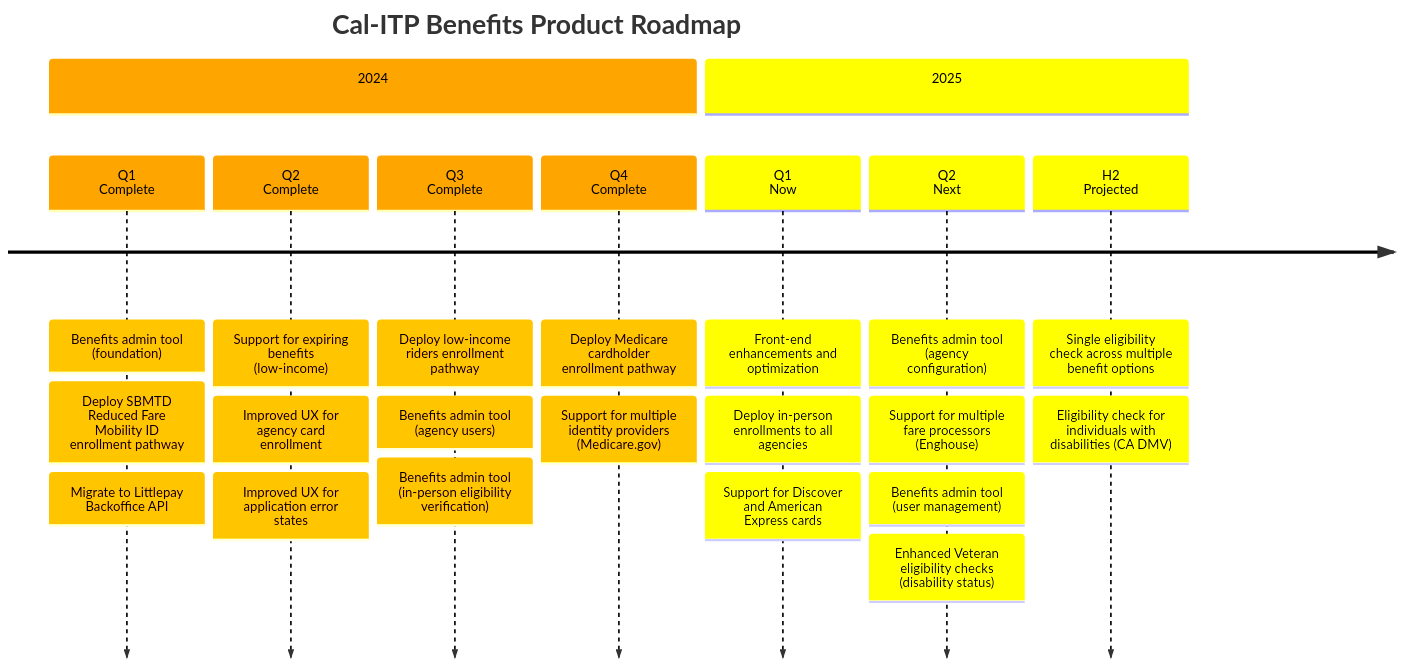
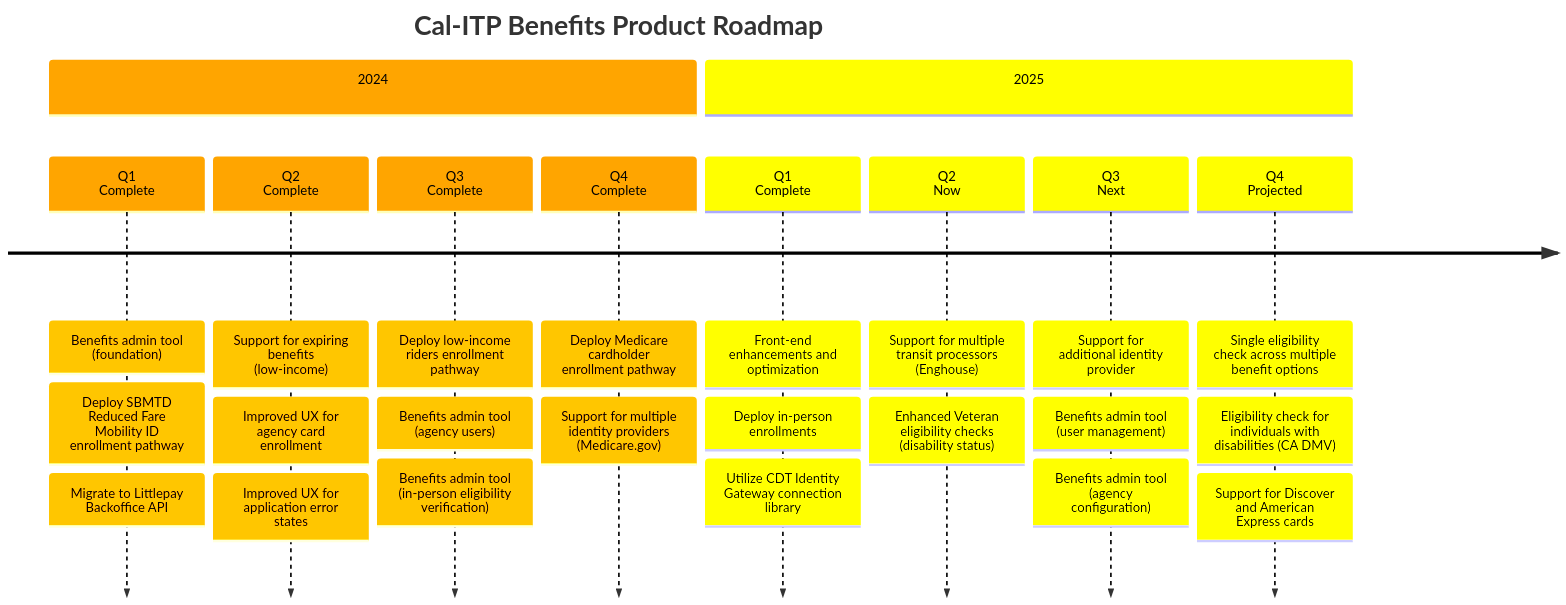
One commit to cal-itp/benefits changed the diagram in docs/enrollment-pathways/README.md. Above: the diagram before and after it, drawn with Mermaid.

Commit message:
docs: roadmap updates to start Q2

````diff
--- a/docs/enrollment-pathways/README.md
+++ b/docs/enrollment-pathways/README.md
@@ -19,56 +19,60 @@
 ```mermaid
 timeline
     title Cal-ITP Benefits Product Roadmap
 %% Cal-ITP Benefits Epics (2024)
           section 2024
 
           Q1<br>Complete
           : Benefits admin tool (foundation)
           : Deploy SBMTD Reduced Fare Mobility ID enrollment pathway
           : Migrate to Littlepay Backoffice API
 
           Q2<br>Complete
           : Support for expiring benefits (low-income)
           : Improved UX for agency card enrollment
           : Improved UX for application error states
 
           Q3<br>Complete
           : Deploy low-income riders enrollment pathway
           : Benefits admin tool (agency users)
           : Benefits admin tool (in-person eligibility verification)
 
           Q4<br>Complete
           : Deploy Medicare cardholder enrollment pathway
           : Support for multiple identity providers (Medicare.gov)
 
 %% Cal-ITP Benefits Epics (2025)
           section 2025
 
-          Q1<br>Now
+          Q1<br>Complete
         : Front-end enhancements and optimization
-        : Deploy in-person enrollments to all agencies
-        : Support for Discover and American Express cards
+        : Deploy in-person enrollments
+        : Utilize CDT Identity Gateway connection library
 
-          Q2<br>Next
-        : Benefits admin tool (agency configuration)
-        : Support for multiple fare processors (Enghouse)
-        : Benefits admin tool (user management)
+          Q2<br>Now
+        : Support for multiple transit processors (Enghouse)
         : Enhanced Veteran eligibility checks (disability status)
 
-          H2<br>Projected
+          Q3<br>Next
+        : Support for additional identity provider
+        : Benefits admin tool (user management)
+        : Benefits admin tool (agency configuration)
+
+          Q4<br>Projected
         : Single eligibility check across multiple benefit options
         : Eligibility check for individuals with disabilities (CA DMV)
+        : Support for Discover and American Express cards
 
 %%{
   init: {
     'logLevel': 'debug',
     'theme': 'default' ,
     'themeVariables': {
       'cScale0': 'orange',
       'cScaleLabel0': 'black',
       'cScale1': 'yellow',
       'cScaleLabel1': 'black'
     }
   }
 }%%
 ```
````
